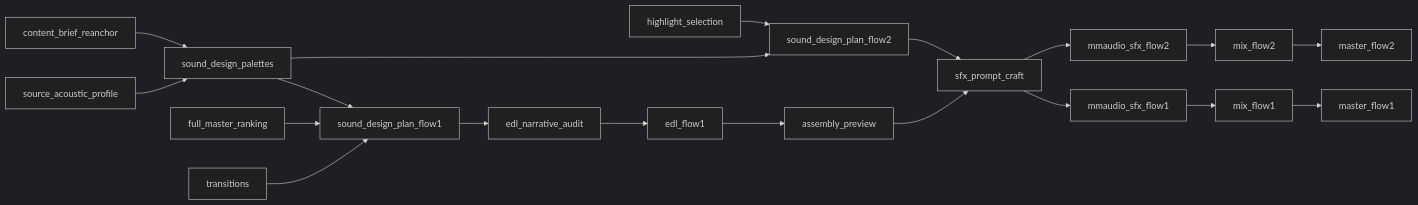
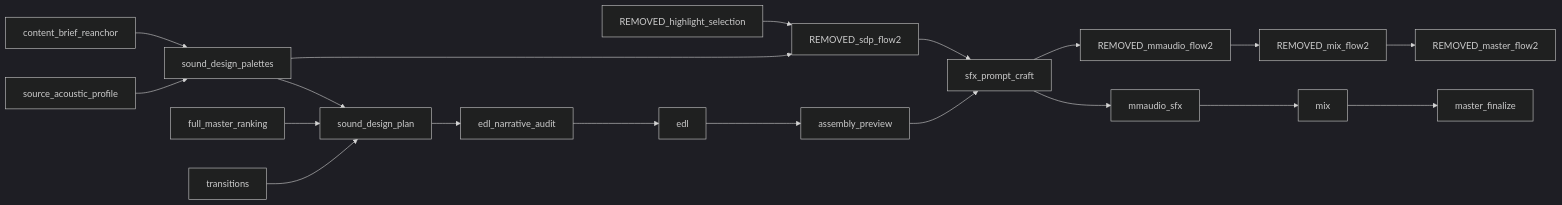
Before and after one commit to NicketUttarwar/interview_helper_mux: the sixth of 6 diagrams in docs/logic-tree.md, drawn with Mermaid (dark theme). The commit also changed other lines of this file and 471 other files, not shown here.

````diff
--- a/docs/logic-tree.md
+++ b/docs/logic-tree.md
@@ -343,21 +343,21 @@
 ```mermaid
 flowchart LR
     SAP[source_acoustic_profile] --> PAL[sound_design_palettes]
     BRIEF[content_brief_reanchor] --> PAL
-    PAL --> PLAN1[sound_design_plan_flow1]
-    PAL --> PLAN2[sound_design_plan_flow2]
+    PAL --> PLAN1[sound_design_plan]
+    PAL --> PLAN2[REMOVED_sdp_flow2]
     RANK[full_master_ranking] --> PLAN1
     TRANS[transitions] --> PLAN1
-    HL[highlight_selection] --> PLAN2
+    HL[REMOVED_highlight_selection] --> PLAN2
     PLAN1 --> AUDIT[edl_narrative_audit]
-    AUDIT --> EDL[edl_flow1]
+    AUDIT --> EDL[edl]
     EDL --> PREV[assembly_preview]
     PREV --> CRAFT[sfx_prompt_craft]
     PLAN2 --> CRAFT
-    CRAFT --> GEN1[mmaudio_sfx_flow1]
-    CRAFT --> GEN2[mmaudio_sfx_flow2]
-    GEN1 --> MIX1[mix_flow1]
-    GEN2 --> MIX2[mix_flow2]
-    MIX1 --> MAST1[master_flow1]
-    MIX2 --> MAST2[master_flow2]
+    CRAFT --> GEN1[mmaudio_sfx]
+    CRAFT --> GEN2[REMOVED_mmaudio_flow2]
+    GEN1 --> MIX1[mix]
+    GEN2 --> MIX2[REMOVED_mix_flow2]
+    MIX1 --> MAST1[master_finalize]
+    MIX2 --> MAST2[REMOVED_master_flow2]
 ```
````
